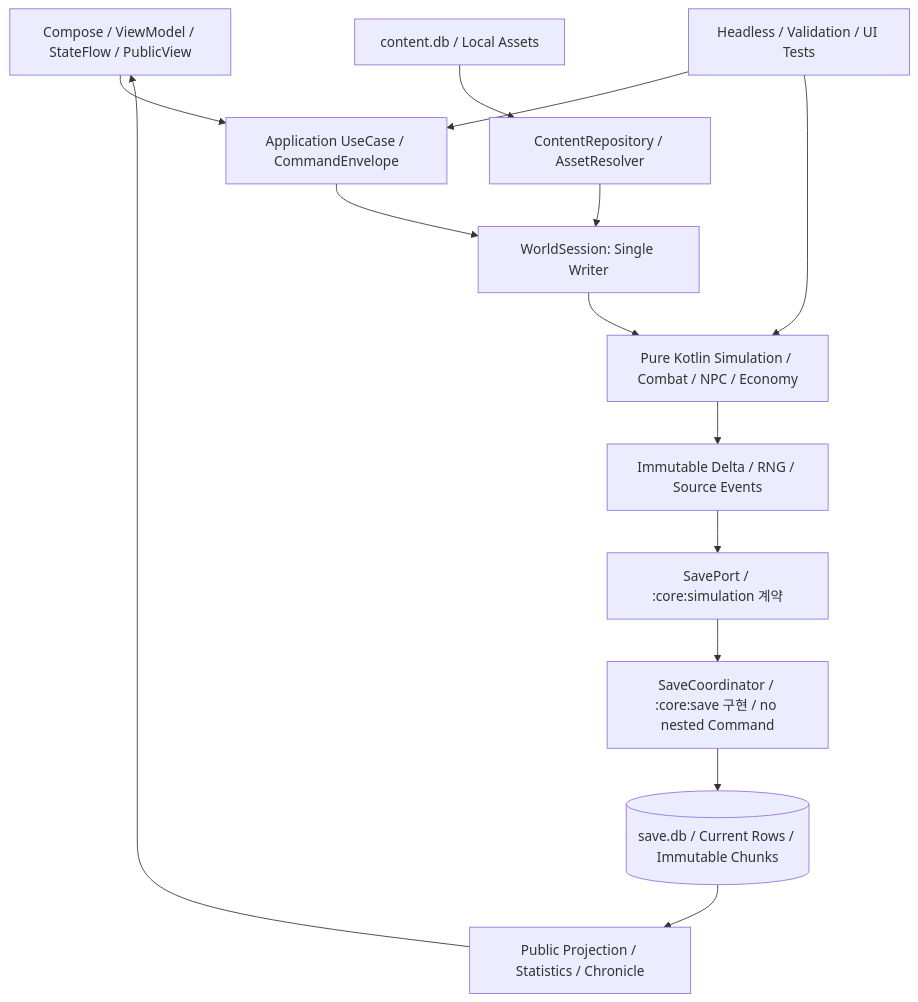
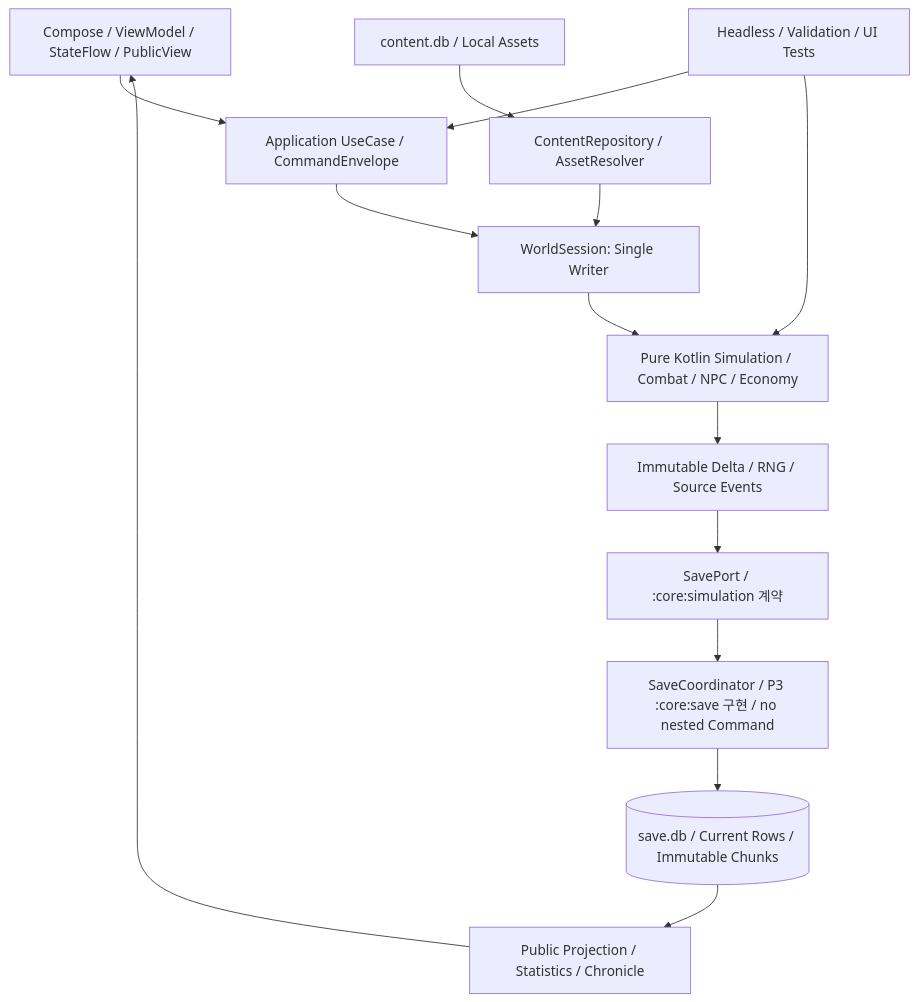
The first of 2 diagrams in docs/00_전체_구현_마스터_설계서.md (cielkdh/mud), drawn with Mermaid before and after one commit. The commit also changed other lines of this file and 59 other files, not shown here.

````diff
--- a/docs/00_전체_구현_마스터_설계서.md
+++ b/docs/00_전체_구현_마스터_설계서.md
@@ -34,16 +44,16 @@
 ```mermaid
 flowchart TB
  UI[Compose / ViewModel / StateFlow / PublicView] --> UC[Application UseCase / CommandEnvelope]
  UC --> ACTOR[WorldSession: Single Writer]
  ACTOR --> SIM[Pure Kotlin Simulation / Combat / NPC / Economy]
  CONTENT[content.db / Local Assets] --> REPO[ContentRepository / AssetResolver]
  REPO --> ACTOR
  SIM --> DELTA[Immutable Delta / RNG / Source Events]
  DELTA --> PORT[SavePort / :core:simulation 계약]
- PORT --> SAVE[SaveCoordinator / :core:save 구현 / no nested Command]
+ PORT --> SAVE[SaveCoordinator / P3 :core:save 구현 / no nested Command]
  SAVE --> DB[(save.db / Current Rows / Immutable Chunks)]
  DB --> PROJ[Public Projection / Statistics / Chronicle]
  PROJ --> UI
  TEST[Headless / Validation / UI Tests] --> UC
  TEST --> SIM
 ```
````
